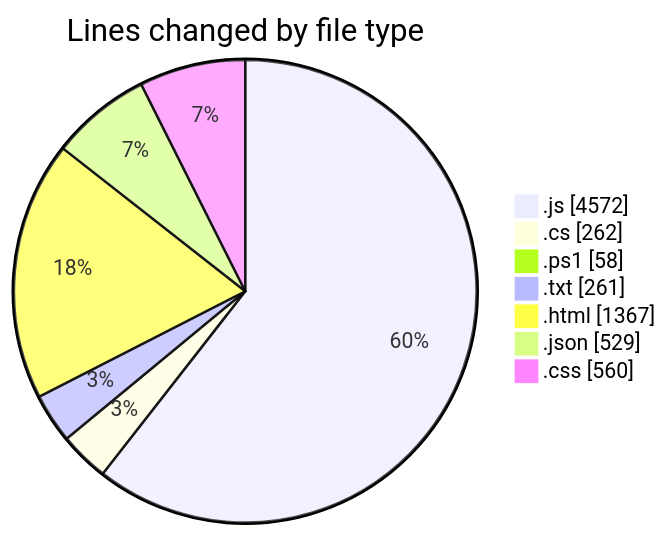
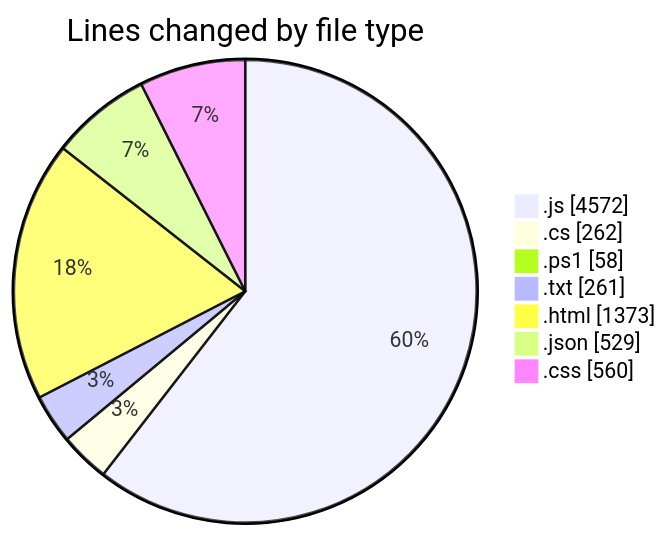
The first of 2 diagrams in 2026-02-17/bot_v1_2/README.md (becaeroporto-bot/code-tracking), drawn with Mermaid before and after one commit. The commit also changed other lines of this file and 1 other file, not shown here.

````diff
--- a/2026-02-17/bot_v1_2/README.md
+++ b/2026-02-17/bot_v1_2/README.md
@@ -38,11 +38,11 @@
 ```mermaid
 pie showData
 title Lines changed by file type
 ".js" : 4572
 ".cs" : 262
 ".ps1" : 58
 ".txt" : 261
-".html" : 1367
+".html" : 1373
 ".json" : 529
 ".css" : 560
 ```
````
